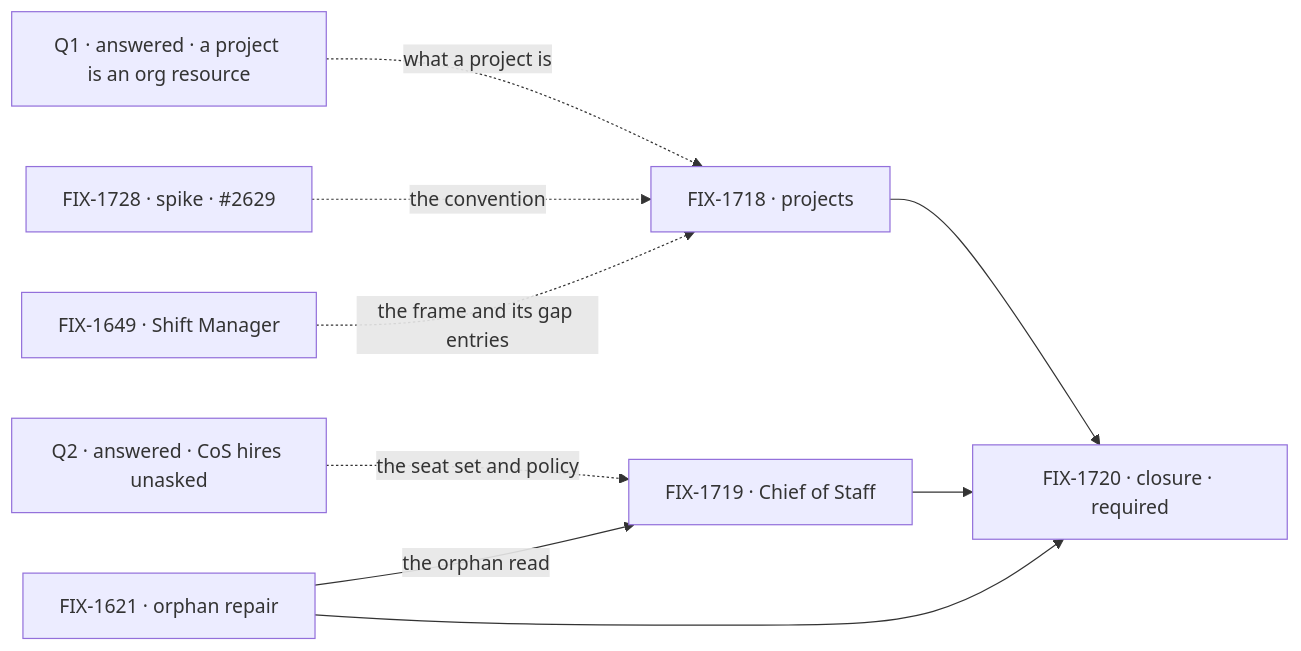
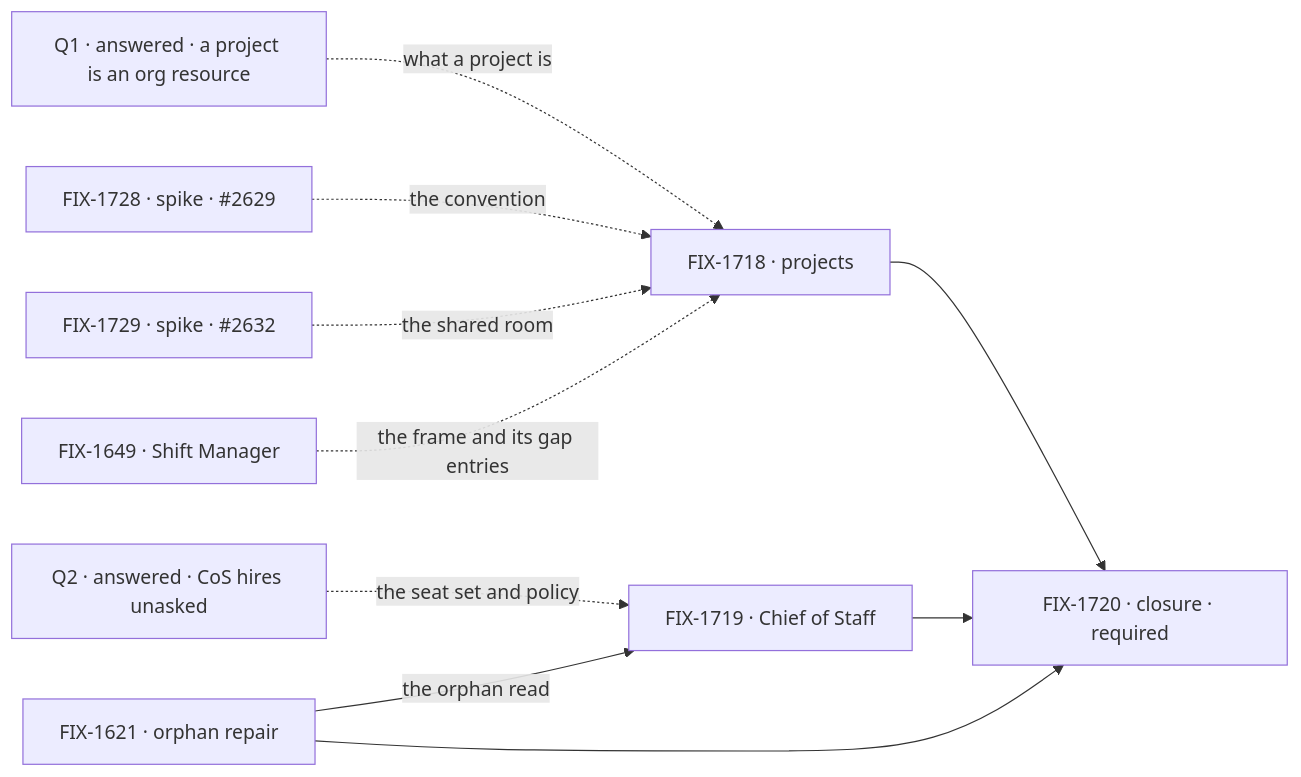
The second of 2 diagrams in specs/epics/FIX-1650/SPEC.md (fixpoint-labs/flow-state-dev), drawn with Mermaid before and after one commit. The commit also changed other lines of this file and 8 other files, not shown here.

First line of the commit message:
spec(epic): FIX-1650 amend — fold the FIX-1729 spike: one members-only room per project

````diff
--- a/specs/epics/FIX-1650/SPEC.md
+++ b/specs/epics/FIX-1650/SPEC.md
@@ -83,11 +83,12 @@
 ```mermaid
 flowchart LR
   Q["Q1 · answered · a project is an org resource"] -.->|"what a project is"| A["FIX-1718 · projects"]
   K["FIX-1728 · spike · #2629"] -.->|"the convention"| A
+  K2["FIX-1729 · spike · #2632"] -.->|"the shared room"| A
   Q2["Q2 · answered · CoS hires unasked"] -.->|"the seat set and policy"| B["FIX-1719 · Chief of Staff"]
   R["FIX-1621 · orphan repair"] -->|"the orphan read"| B
   A --> Z["FIX-1720 · closure · required"]
   R --> Z
   B --> Z
   S["FIX-1649 · Shift Manager"] -.->|"the frame and its gap entries"| A
 ```
````
